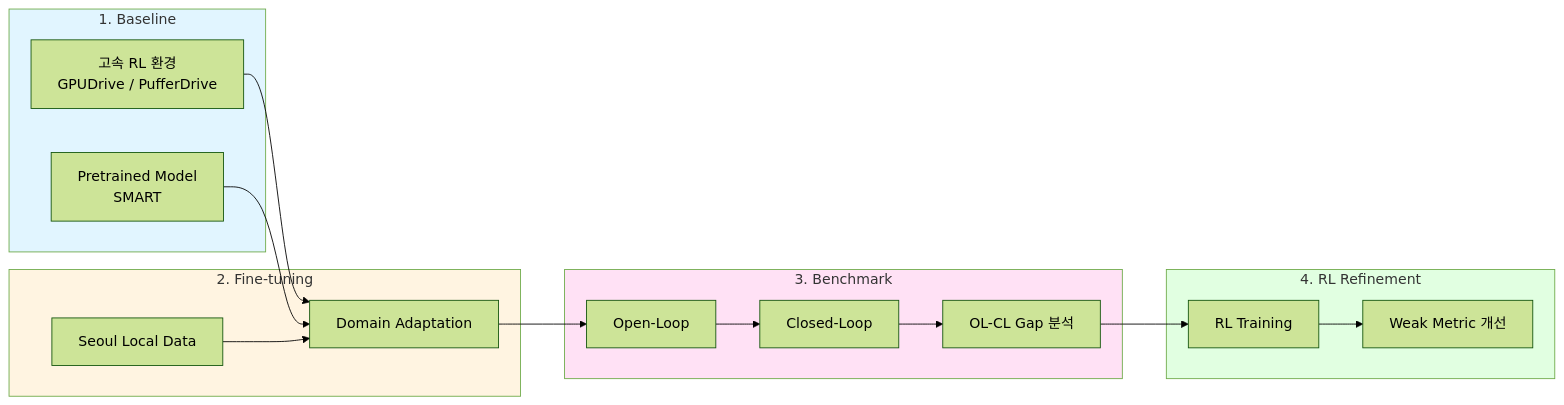
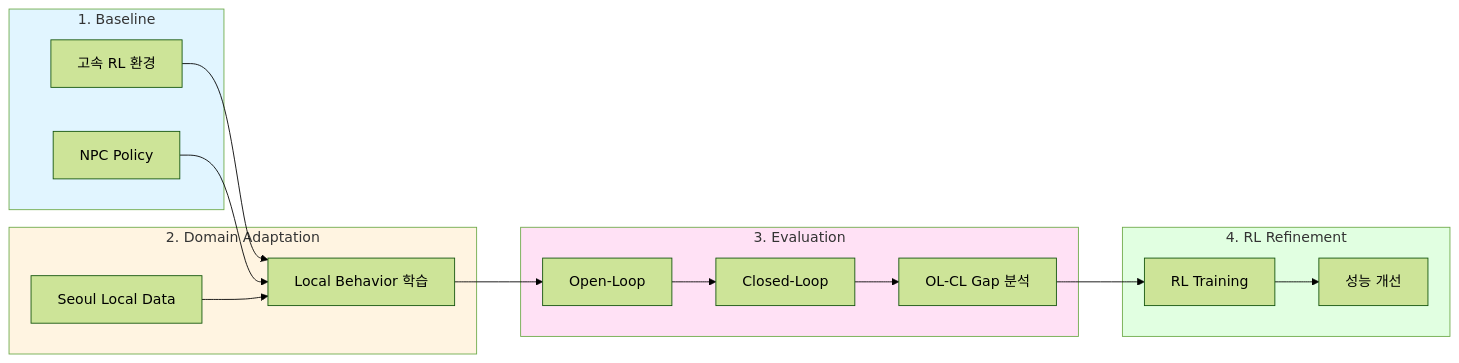
The diagram in tasks/rl-traffic-simulation.md (OIEIyoon/ad-simulation-public), drawn with Mermaid (forest theme) before and after one commit. The commit also changed other lines of this file, not shown here.

````diff
--- a/tasks/rl-traffic-simulation.md
+++ b/tasks/rl-traffic-simulation.md
@@ -16,37 +16,37 @@
 ```mermaid
 flowchart LR
     subgraph Phase1["1. Baseline"]
-        ENV[고속 RL 환경<br/>GPUDrive / PufferDrive]
-        MODEL[Pretrained Model<br/>SMART]
+        ENV[고속 RL 환경]
+        POLICY[NPC Policy]
     end
 
-    subgraph Phase2["2. Fine-tuning"]
+    subgraph Phase2["2. Domain Adaptation"]
         DATA[Seoul Local Data]
-        FT[Domain Adaptation]
+        ADAPT[Local Behavior 학습]
     end
 
-    subgraph Phase3["3. Benchmark"]
+    subgraph Phase3["3. Evaluation"]
         OL[Open-Loop]
         CL[Closed-Loop]
         GAP[OL-CL Gap 분석]
     end
 
     subgraph Phase4["4. RL Refinement"]
         RL[RL Training]
-        METRIC[Weak Metric 개선]
+        METRIC[성능 개선]
     end
 
-    ENV --> FT
-    MODEL --> FT
-    DATA --> FT
-    FT --> OL
+    ENV --> ADAPT
+    POLICY --> ADAPT
+    DATA --> ADAPT
+    ADAPT --> OL
     OL --> CL
     CL --> GAP
     GAP --> RL
     RL --> METRIC
 
     style Phase1 fill:#e1f5ff
     style Phase2 fill:#fff4e1
     style Phase3 fill:#ffe1f5
     style Phase4 fill:#e1ffe1
 ```
````
